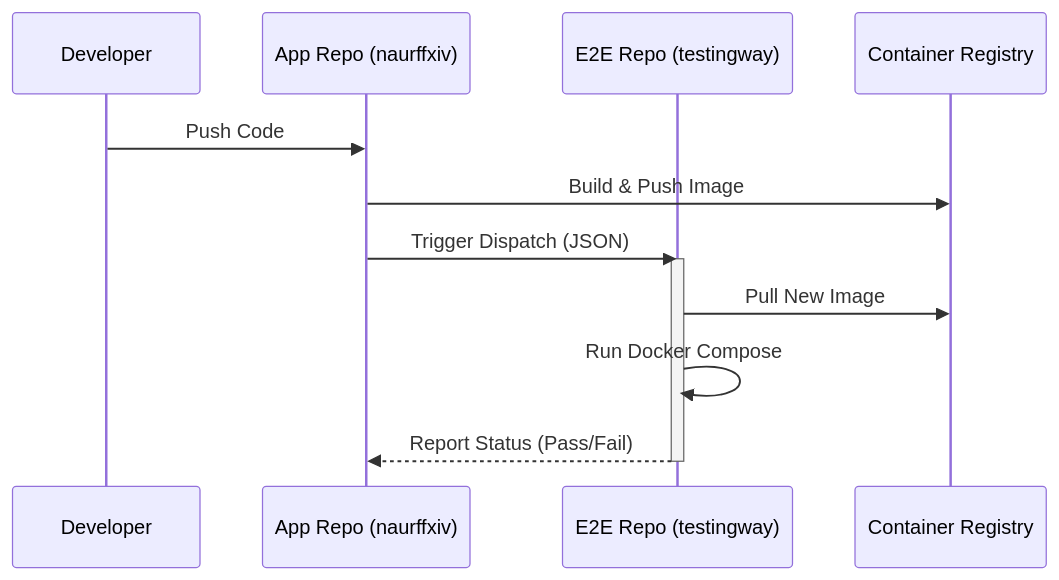
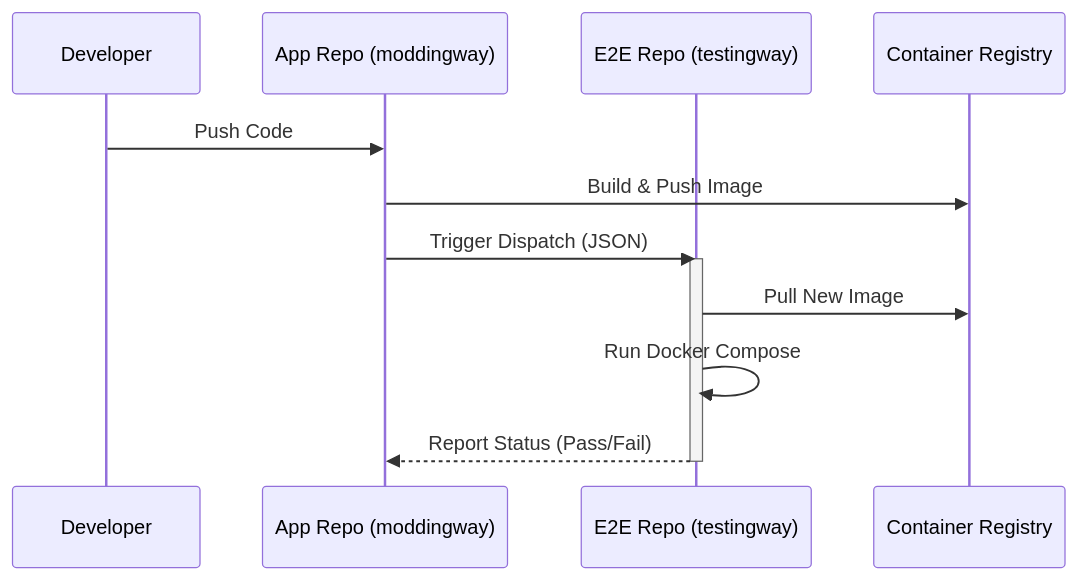
The second of 2 diagrams in README.md (naurffxiv/testingway), drawn with Mermaid before and after one commit.

Commit message:
Update README with moddingway example

````diff
--- a/README.md
+++ b/README.md
@@ -44,18 +44,18 @@
 ```mermaid
 sequenceDiagram
     participant Dev as Developer
-    participant App as App Repo (naurffxiv)
+    participant App as App Repo (moddingway)
     participant E2E as E2E Repo (testingway)
     participant GHCR as Container Registry
 
     Dev->>App: Push Code
     App->>GHCR: Build & Push Image
     App->>E2E: Trigger Dispatch (JSON)
     
     activate E2E
     E2E->>GHCR: Pull New Image
     E2E->>E2E: Run Docker Compose
     E2E-->>App: Report Status (Pass/Fail)
     deactivate E2E
 
 ```
````
